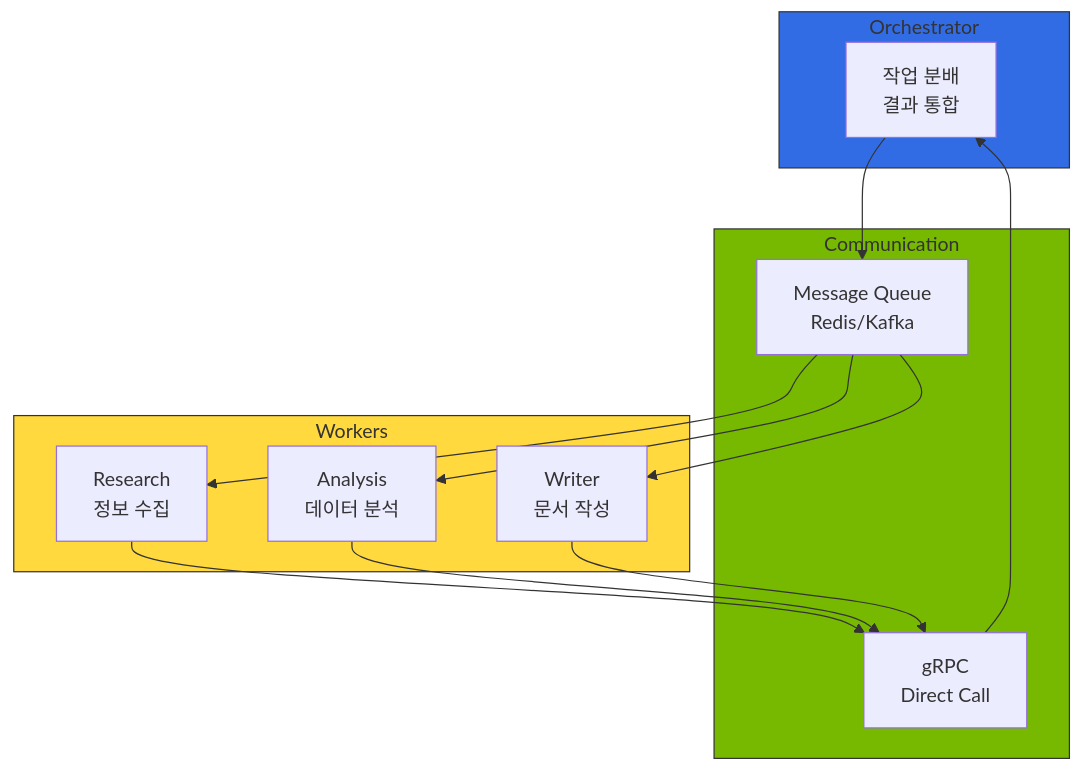
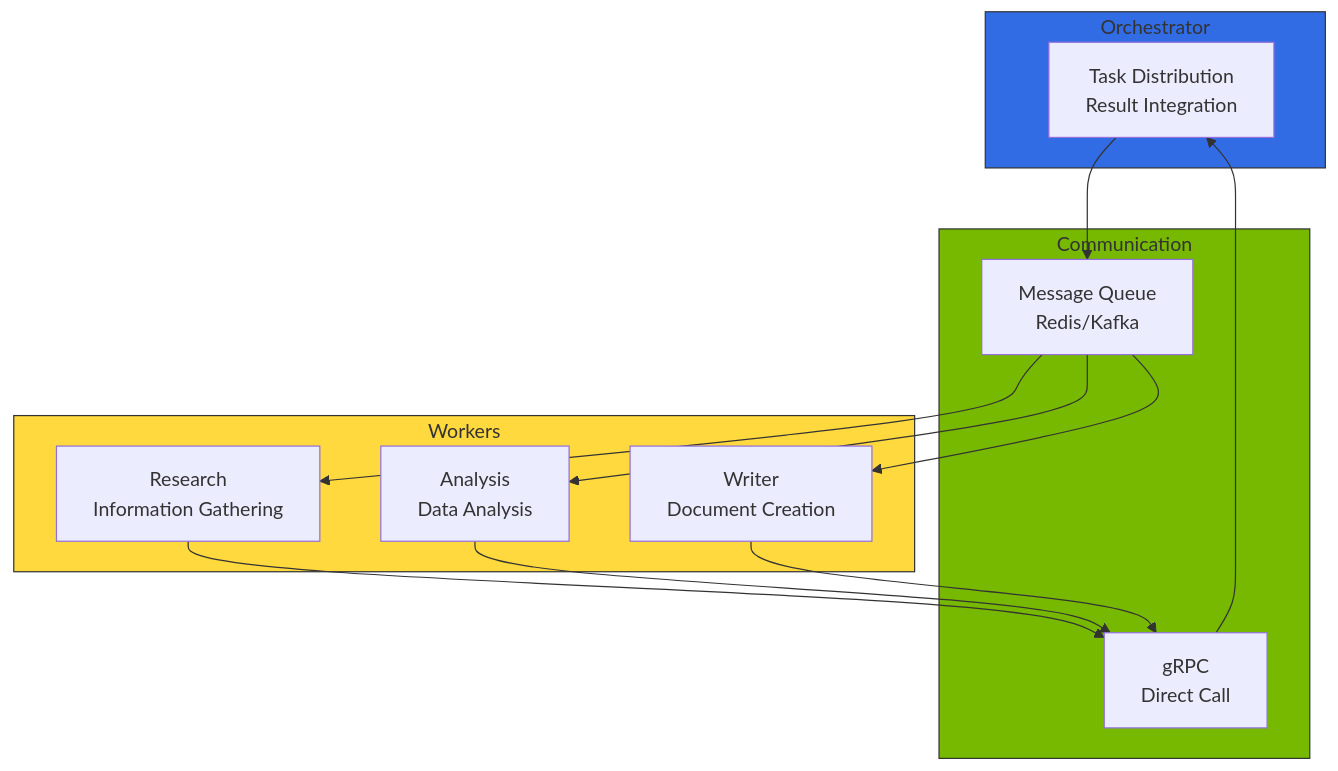
The third of 4 diagrams in docs/agentic-ai-platform/operations-mlops/observability/kagent-kubernetes-agents.md (devfloor9/engineering-playbook), drawn with Mermaid before and after one commit. The commit also changed other lines of this file and 954 other files, not shown here.

````diff
--- a/docs/agentic-ai-platform/operations-mlops/observability/kagent-kubernetes-agents.md
+++ b/docs/agentic-ai-platform/operations-mlops/observability/kagent-kubernetes-agents.md
@@ -287,26 +291,26 @@
 ```mermaid
 flowchart TB
     subgraph ORC["Orchestrator"]
-        O[작업 분배<br/>결과 통합]
+        O[Task Distribution<br/>Result Integration]
     end
 
     subgraph WRK["Workers"]
-        R[Research<br/>정보 수집]
-        A[Analysis<br/>데이터 분석]
-        W[Writer<br/>문서 작성]
+        R[Research<br/>Information Gathering]
+        A[Analysis<br/>Data Analysis]
+        W[Writer<br/>Document Creation]
     end
 
     subgraph COM["Communication"]
         Q[Message Queue<br/>Redis/Kafka]
         G[gRPC<br/>Direct Call]
     end
 
     O --> Q
     Q --> R & A & W
     R & A & W --> G
     G --> O
 
     style ORC fill:#326ce5,stroke:#333
     style WRK fill:#ffd93d,stroke:#333
     style COM fill:#76b900,stroke:#333
 ```
````
